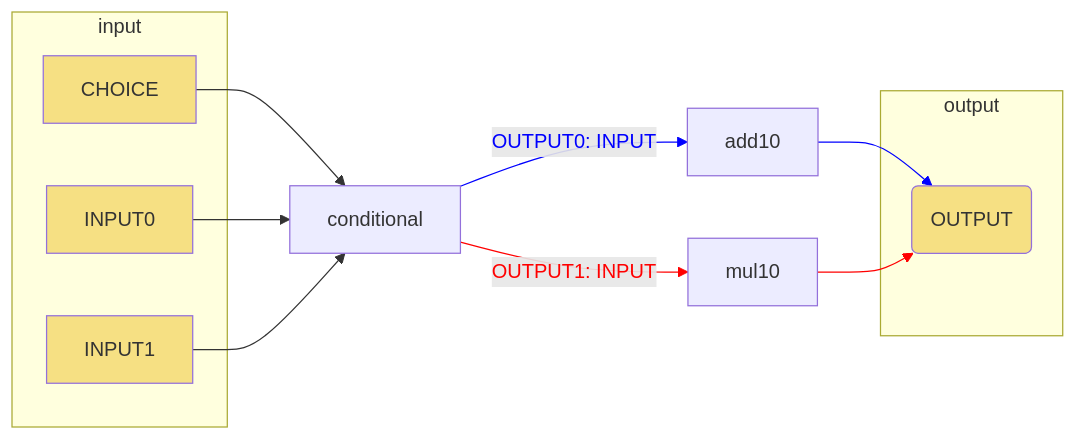
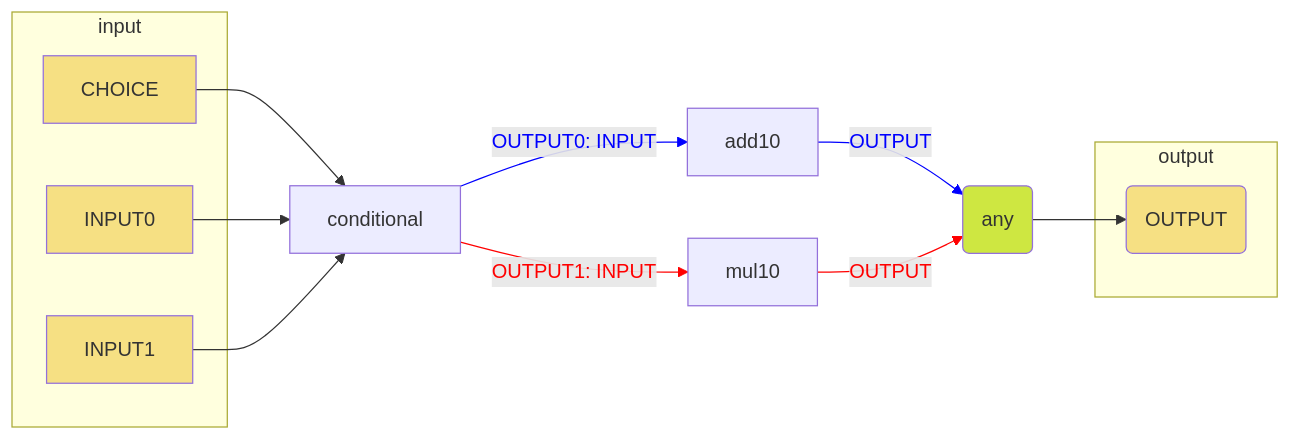
One commit to SeldonIO/seldon-core changed the third of 5 diagrams in docs/source/contents/pipelines/index.md. Above: the diagram before and after it, drawn with Mermaid. The commit also changed other lines of this file, not shown here.

Commit message:
Explicit output join step

````diff
--- a/docs/source/contents/pipelines/index.md
+++ b/docs/source/contents/pipelines/index.md
@@ -144,33 +144,36 @@
 ```{mermaid}
   :caption: "*Pipeline with a conditional output model. The model **conditional** only outputs one of the two tensors, so only one path through the graph (red or blue) is taken by a single request*"
   :align: center
 
   flowchart LR
       classDef pipeIO fill:#F6E083
+      classDef join fill:#CEE741;
 
       subgraph input
       INPUT0:::pipeIO
           CHOICE:::pipeIO
           INPUT0:::pipeIO
           INPUT1:::pipeIO
       end
 
       CHOICE --> conditional
       INPUT0 --> conditional
       INPUT1 --> conditional
 
       conditional --> |OUTPUT0: INPUT| add10
       conditional --> |OUTPUT1: INPUT| mul10
 
+      add10 --> |OUTPUT| any(any):::join
+      mul10 --> |OUTPUT| any
+
       subgraph output
           OUTPUT(OUTPUT):::pipeIO
       end
 
-      add10 --> OUTPUT
-      mul10 --> OUTPUT
+      any --> OUTPUT
 
       linkStyle 3 stroke:blue,color:blue;
       linkStyle 5 stroke:blue,color:blue;
       linkStyle 4 stroke:red,color:red;
       linkStyle 6 stroke:red,color:red;
 ```
````
